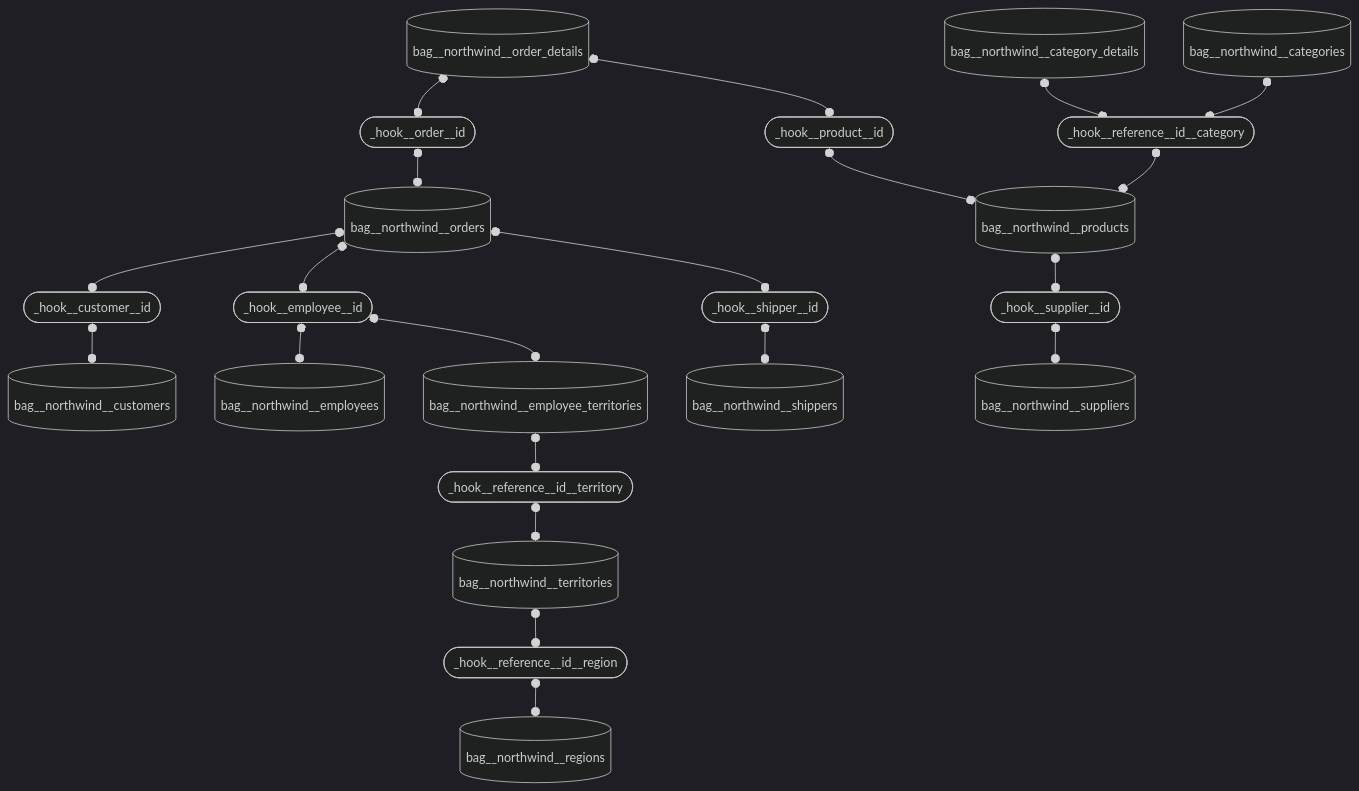
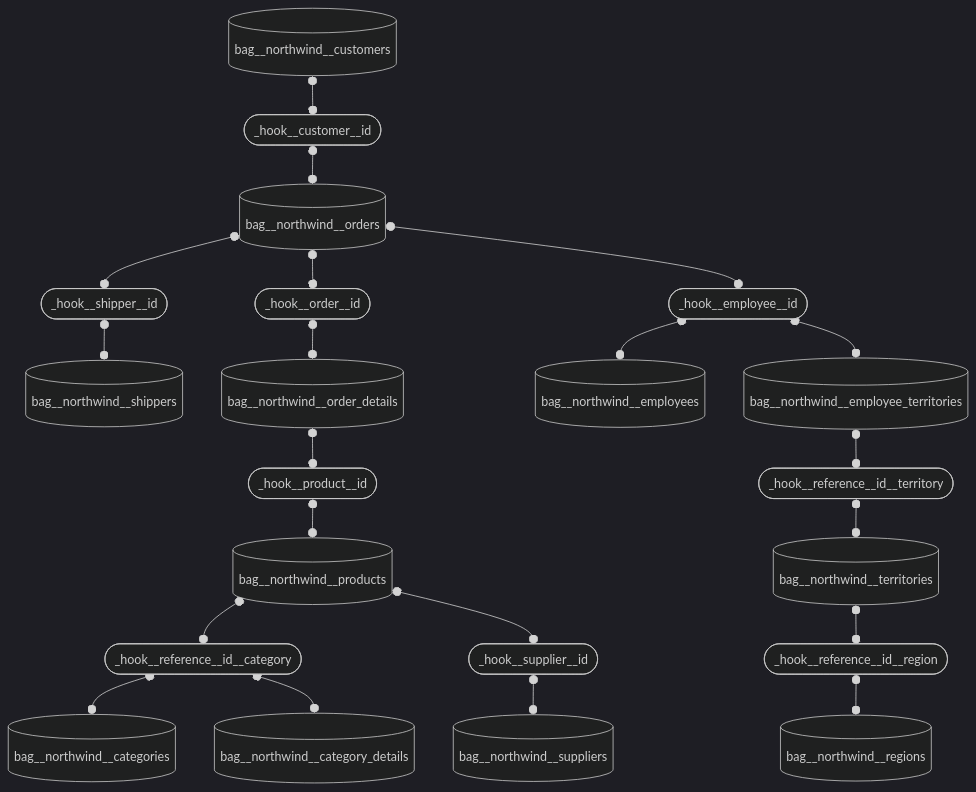
Before and after one commit to mattiasthalen/obsidian-insights: the third of 4 diagrams in README.md, drawn with Mermaid (dark theme).

Commit message:
Refine Hook ERD

````diff
--- a/README.md
+++ b/README.md
@@ -78,47 +78,50 @@
 ```mermaid
 flowchart TD
-
         _hook__reference__id__category(["_hook__reference__id__category"])
         _hook__reference__id__region(["_hook__reference__id__region"])
         _hook__reference__id__territory(["_hook__reference__id__territory"])
         _hook__customer__id(["_hook__customer__id"])
         _hook__employee__id(["_hook__employee__id"])
         _hook__order__id(["_hook__order__id"])
         _hook__product__id(["_hook__product__id"])
         _hook__shipper__id(["_hook__shipper__id"])
         _hook__supplier__id(["_hook__supplier__id"])
  
         bag__northwind__categories[("bag__northwind__categories")]
         bag__northwind__category_details[("bag__northwind__category_details")]
         bag__northwind__customers[("bag__northwind__customers")]
         bag__northwind__employees[("bag__northwind__employees")]
         bag__northwind__employee_territories[("bag__northwind__employee_territories")]
         bag__northwind__orders[("bag__northwind__orders")]
         bag__northwind__order_details[("bag__northwind__order_details")]
         bag__northwind__products[("bag__northwind__products")]
         bag__northwind__regions[("bag__northwind__regions")]
         bag__northwind__shippers[("bag__northwind__shippers")]
         bag__northwind__suppliers[("bag__northwind__suppliers")]
         bag__northwind__territories[("bag__northwind__territories")]
 
-    bag__northwind__categories o--o _hook__reference__id__category
-    bag__northwind__category_details  o--o _hook__reference__id__category
-    _hook__reference__id__category o--o bag__northwind__products
-    _hook__customer__id  o--o bag__northwind__customers
-    bag__northwind__orders  o--o _hook__customer__id
+    _hook__reference__id__category o--o bag__northwind__categories
+    _hook__reference__id__category  o--o bag__northwind__category_details
+    bag__northwind__products o--o _hook__reference__id__category
+
+    bag__northwind__customers o--o _hook__customer__id
+    _hook__customer__id  o--o bag__northwind__orders
     _hook__employee__id  o--o bag__northwind__employees
-    bag__northwind__orders  o--o _hook__employee__id
+
+    
+    bag__northwind__orders  o--o _hook__shipper__id
     _hook__employee__id  o--o bag__northwind__employee_territories
-    _hook__order__id  o--o bag__northwind__orders
-    bag__northwind__order_details  o--o _hook__order__id
+    bag__northwind__orders o--o _hook__order__id
+    _hook__order__id  o--o bag__northwind__order_details
     _hook__product__id  o--o bag__northwind__products
     bag__northwind__order_details  o--o _hook__product__id
     _hook__reference__id__region  o--o bag__northwind__regions
     bag__northwind__territories  o--o _hook__reference__id__region
     _hook__shipper__id  o--o bag__northwind__shippers
-    bag__northwind__orders  o--o _hook__shipper__id
+    bag__northwind__orders  o--o _hook__employee__id
     _hook__supplier__id  o--o bag__northwind__suppliers
     bag__northwind__products  o--o _hook__supplier__id
     _hook__reference__id__territory  o--o bag__northwind__territories
     bag__northwind__employee_territories  o--o _hook__reference__id__territory
+
 ```
````
